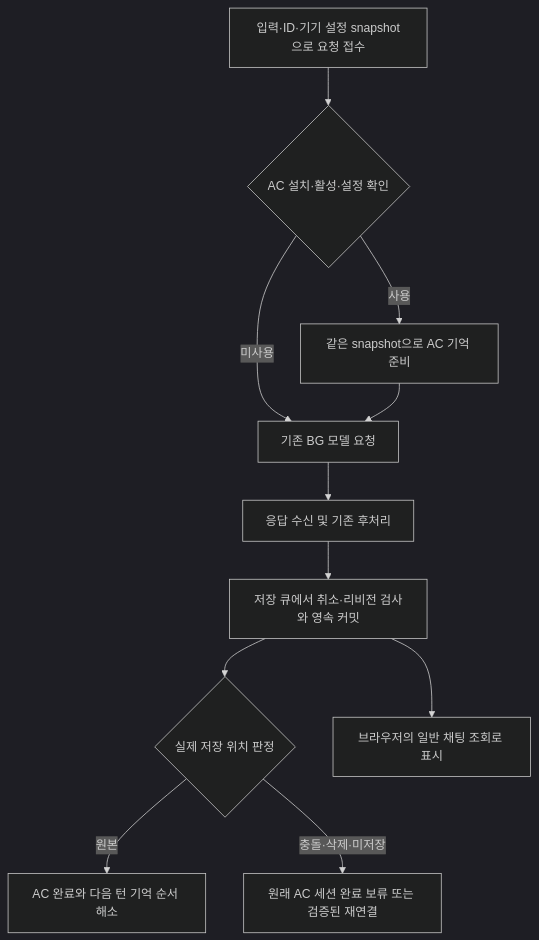
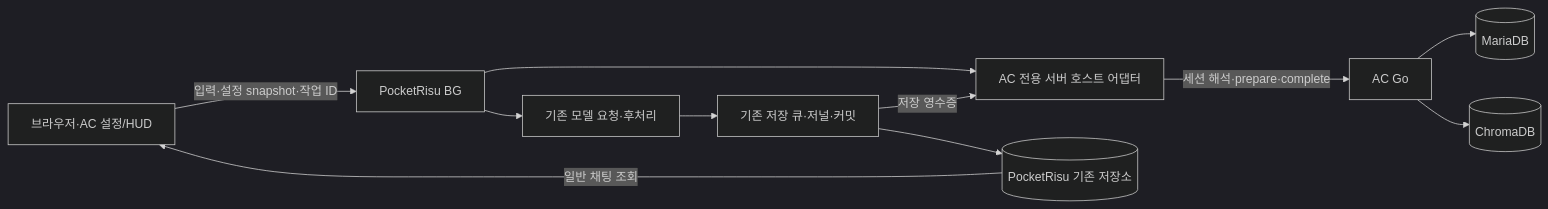
One commit to danso0429/nai-studio changed the diagram in docs/POCKETRISU-1.10-BG-PRESERVE-SERVER-CHAT-SAVE-ARCHIVE-CENTER-PLAN.md. Above: the diagram before and after it, drawn with Mermaid (dark theme). The commit also changed other lines of this file, not shown here.

````diff
--- a/docs/POCKETRISU-1.10-BG-PRESERVE-SERVER-CHAT-SAVE-ARCHIVE-CENTER-PLAN.md
+++ b/docs/POCKETRISU-1.10-BG-PRESERVE-SERVER-CHAT-SAVE-ARCHIVE-CENTER-PLAN.md
@@ -50,13 +71,13 @@
 ```mermaid
-flowchart TD
-    A[입력·ID·기기 설정 snapshot으로 요청 접수] --> B{AC 설치·활성·설정 확인}
-    B -->|사용| C[같은 snapshot으로 AC 기억 준비]
-    B -->|미사용| D[기존 BG 모델 요청]
-    C --> D
-    D --> E[응답 수신 및 기존 후처리]
-    E --> F[저장 큐에서 취소·리비전 검사와 영속 커밋]
-    F --> I{실제 저장 위치 판정}
-    I -->|원본| G[AC 완료와 다음 턴 기억 순서 해소]
-    I -->|충돌·삭제·미저장| J[원래 AC 세션 완료 보류 또는 검증된 재연결]
-    F --> H[브라우저의 일반 채팅 조회로 표시]
+flowchart LR
+    B[브라우저·AC 설정/HUD] -->|입력·설정 snapshot·작업 ID| N[PocketRisu BG]
+    N --> H[AC 전용 서버 호스트 어댑터]
+    H -->|세션 해석·prepare·complete| G[AC Go]
+    G --> M[(MariaDB)]
+    G --> V[(ChromaDB)]
+    N --> L[기존 모델 요청·후처리]
+    L --> C[기존 저장 큐·저널·커밋]
+    C --> D[(PocketRisu 기존 저장소)]
+    C -->|저장 영수증| H
+    D -->|일반 채팅 조회| B
 ```
````
